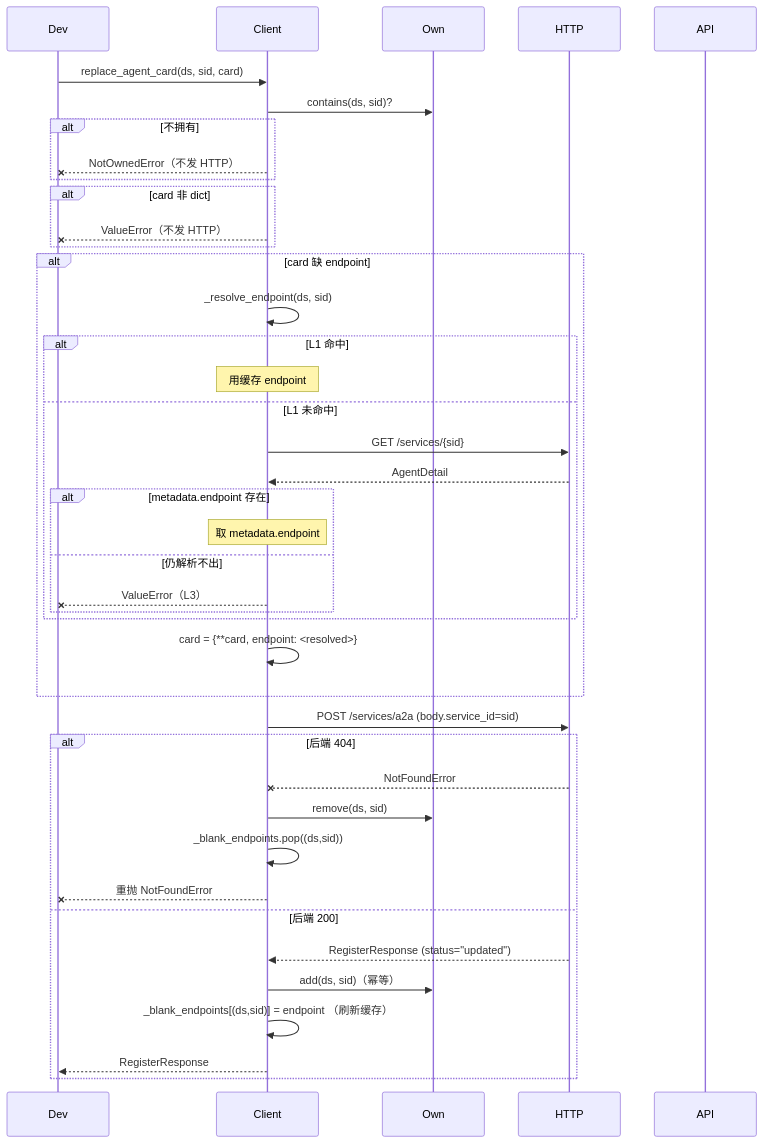
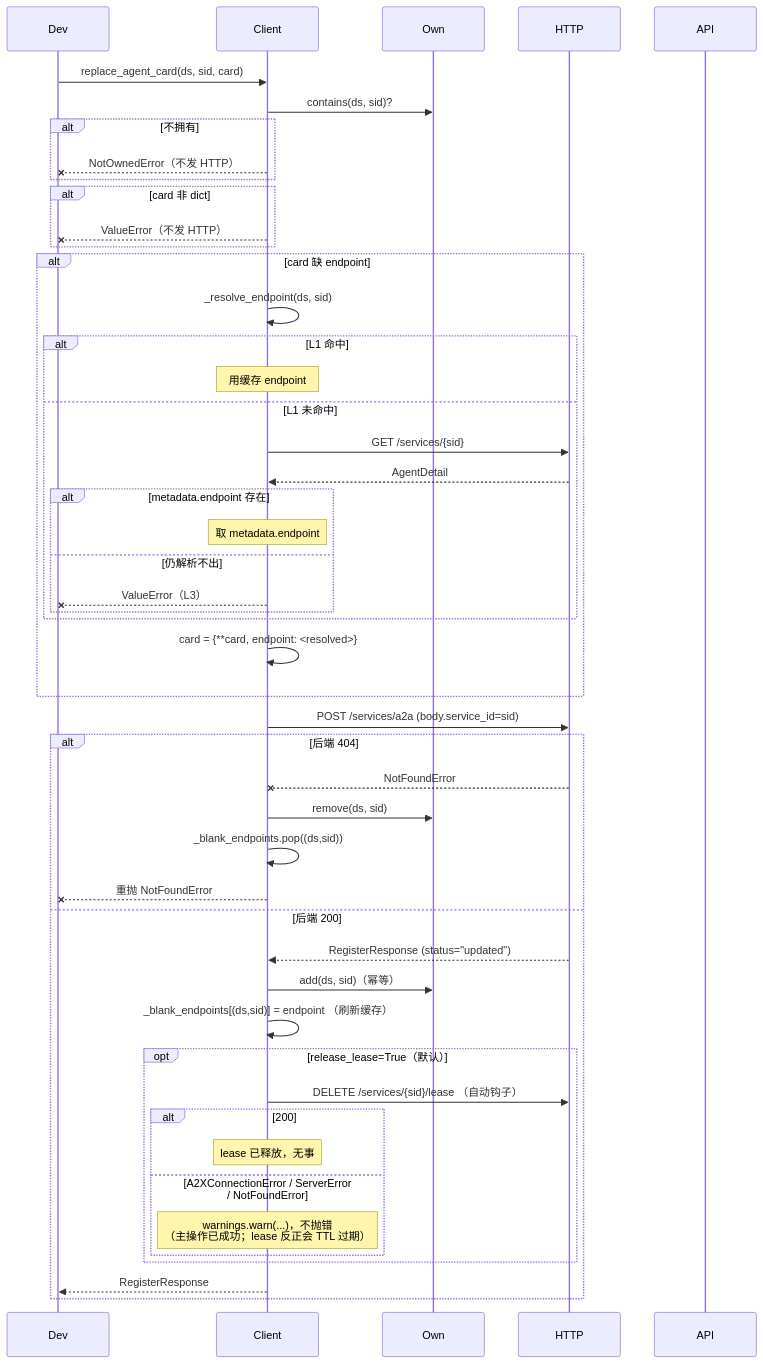
Before and after one commit to Weizheng96/A2X-registry: the fifth of 8 diagrams in docs/client_design.md, drawn with Mermaid. The commit also changed other lines of this file and 4 other files, not shown here.

````diff
--- a/docs/client_design.md
+++ b/docs/client_design.md
@@ -654,44 +656,52 @@
 ```mermaid
 sequenceDiagram
     participant Dev
     participant Client
     participant Own
     participant HTTP
     participant API
 
     Dev->>Client: replace_agent_card(ds, sid, card)
     Client->>Own: contains(ds, sid)?
     alt 不拥有
         Client--xDev: NotOwnedError（不发 HTTP）
     end
     alt card 非 dict
         Client--xDev: ValueError（不发 HTTP）
     end
     alt card 缺 endpoint
         Client->>Client: _resolve_endpoint(ds, sid)
         alt L1 命中
             Note over Client: 用缓存 endpoint
         else L1 未命中
             Client->>HTTP: GET /services/{sid}
             HTTP-->>Client: AgentDetail
             alt metadata.endpoint 存在
                 Note over Client: 取 metadata.endpoint
             else 仍解析不出
                 Client--xDev: ValueError（L3）
             end
         end
         Client->>Client: card = {**card, endpoint: <resolved>}
     end
     Client->>HTTP: POST /services/a2a (body.service_id=sid)
     alt 后端 404
         HTTP--xClient: NotFoundError
         Client->>Own: remove(ds, sid)
         Client->>Client: _blank_endpoints.pop((ds,sid))
         Client--xDev: 重抛 NotFoundError
     else 后端 200
         HTTP-->>Client: RegisterResponse (status="updated")
         Client->>Own: add(ds, sid)（幂等）
         Client->>Client: _blank_endpoints[(ds,sid)] = endpoint （刷新缓存）
+        opt release_lease=True（默认）
+            Client->>HTTP: DELETE /services/{sid}/lease （自动钩子）
+            alt 200
+                Note over Client: lease 已释放，无事
+            else A2XConnectionError / ServerError / NotFoundError
+                Note over Client: warnings.warn(...)，不抛错<br/>（主操作已成功；lease 反正会 TTL 过期）
+            end
+        end
         Client-->>Dev: RegisterResponse
     end
 ```
````
